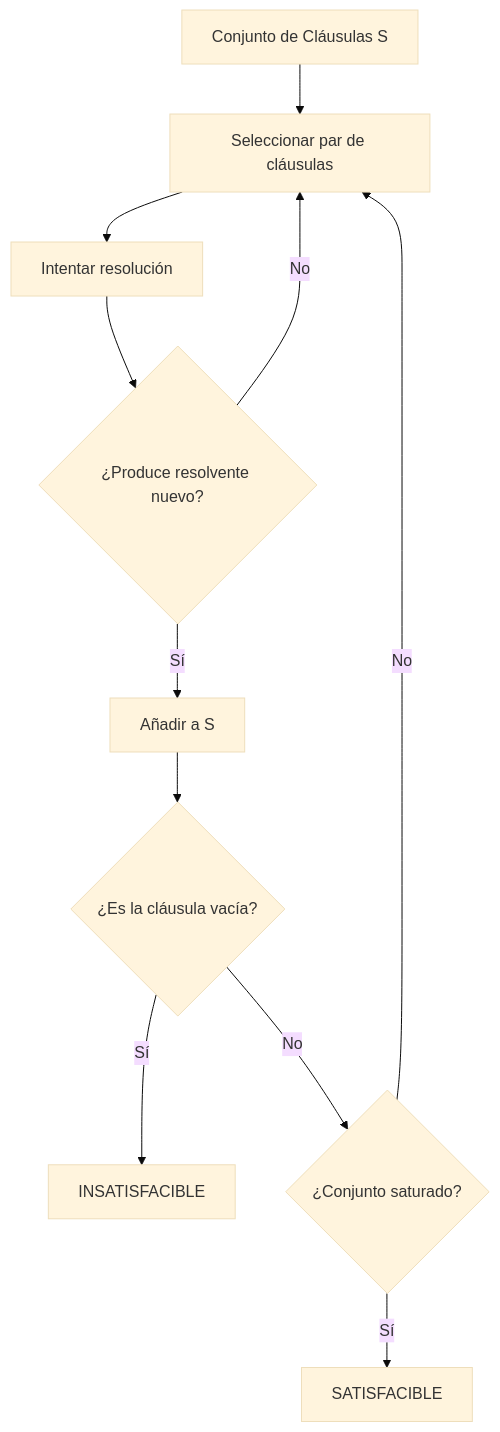
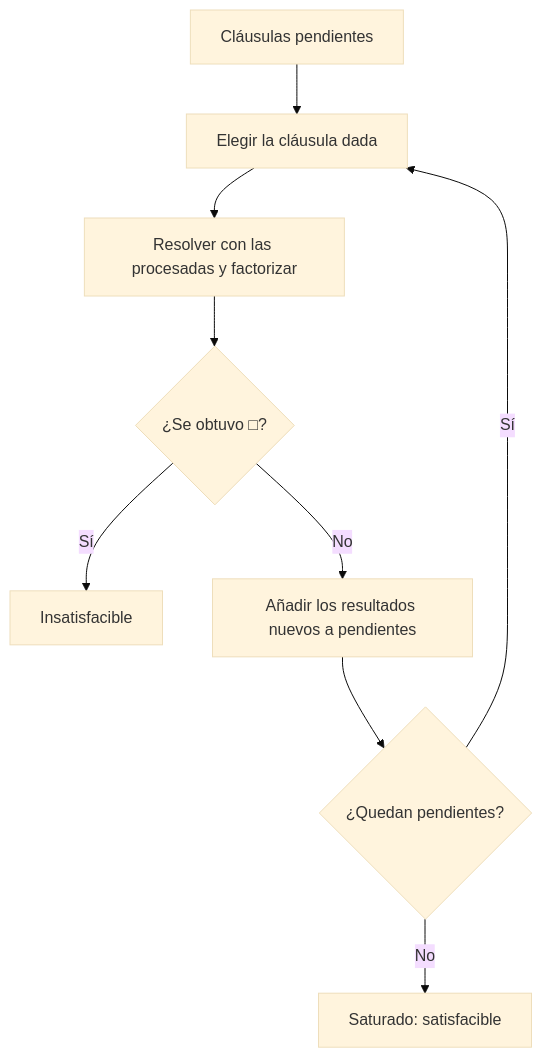
One commit to djaimej/computer-science-template changed the diagram in public/documents/semester-4/2/4255.md. Above: the diagram before and after it, drawn with Mermaid (base theme). The commit also changed other lines of this file and 5 other files, not shown here.

````diff
--- a/public/documents/semester-4/2/4255.md
+++ b/public/documents/semester-4/2/4255.md
@@ -72,13 +76,11 @@
 ```mermaid
 flowchart TD
-    A[Conjunto de Cláusulas S] --> B[Seleccionar par de cláusulas]
-    B --> C[Intentar resolución]
-    C --> D{¿Produce resolvente nuevo?}
-    D -->|Sí| E[Añadir a S]
-    D -->|No| B
-    E --> F{¿Es la cláusula vacía?}
-    F -->|Sí| G[INSATISFACIBLE]
-    F -->|No| H{¿Conjunto saturado?}
-    H -->|Sí| I[SATISFACIBLE]
-    H -->|No| B
+    A["Cláusulas pendientes"] --> B["Elegir la cláusula dada"]
+    B --> C["Resolver con las procesadas y factorizar"]
+    C --> D{"¿Se obtuvo □?"}
+    D -->|Sí| E["Insatisfacible"]
+    D -->|No| F["Añadir los resultados nuevos a pendientes"]
+    F --> G{"¿Quedan pendientes?"}
+    G -->|Sí| B
+    G -->|No| H["Saturado: satisfacible"]
 ```
````
